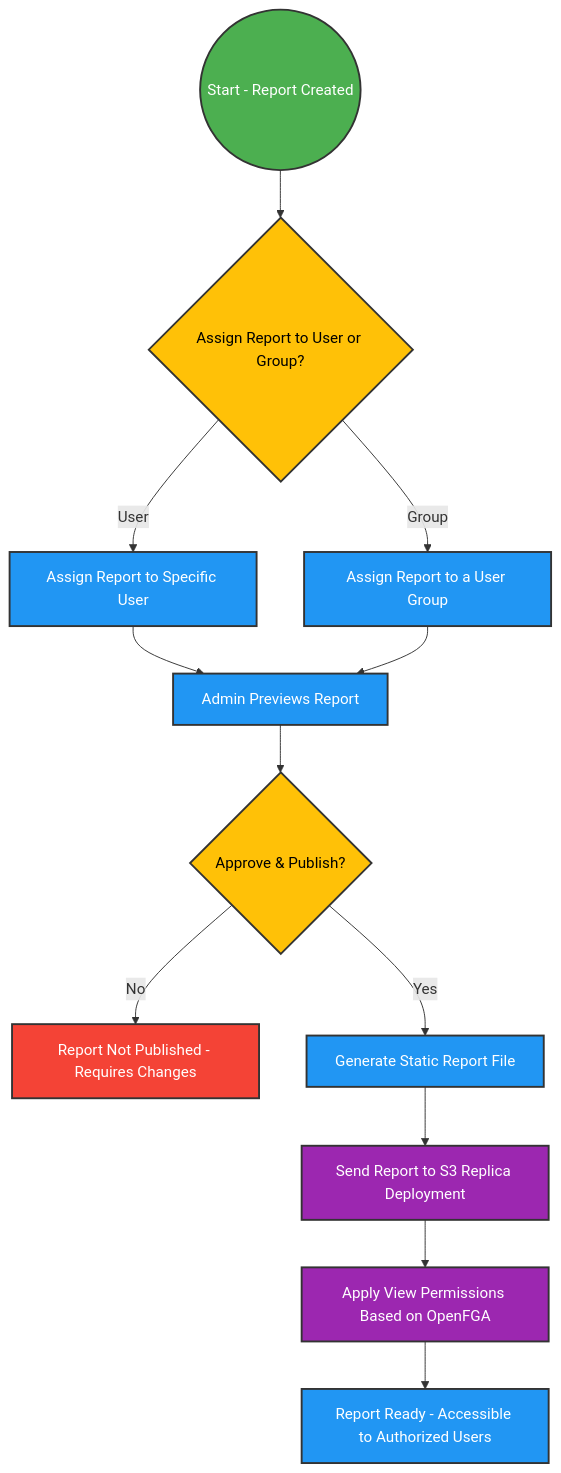
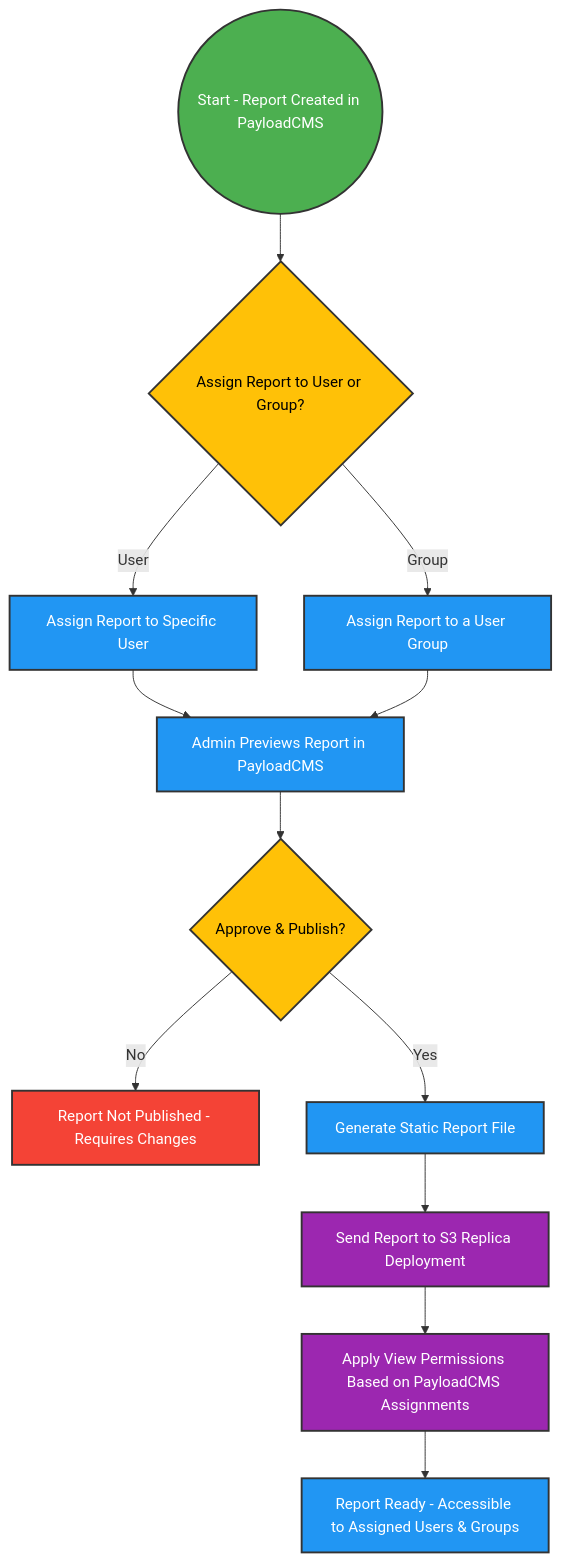
The diagram in README.md (LuigiClemente/reports-app), drawn with Mermaid before and after one commit. The commit also changed other lines of this file, not shown here.

````diff
--- a/README.md
+++ b/README.md
@@ -1,42 +1,42 @@
 ```mermaid
 flowchart TD
     %% Define Colors
     classDef startStyle fill:#4CAF50,stroke:#333,stroke-width:2px,color:#fff;
     classDef decisionStyle fill:#FFC107,stroke:#333,stroke-width:2px,color:#000;
     classDef processStyle fill:#2196F3,stroke:#333,stroke-width:2px,color:#fff;
     classDef storageStyle fill:#9C27B0,stroke:#333,stroke-width:2px,color:#fff;
     classDef errorStyle fill:#F44336,stroke:#333,stroke-width:2px,color:#fff;
 
     %% Workflow Start
-    start((Start - Report Created)) --> assignPermission{"Assign Report to User or Group?"}
+    start((Start - Report Created in PayloadCMS)) --> assignPermission{"Assign Report to User or Group?"}
     class start startStyle
     class assignPermission decisionStyle
 
     %% Report Assignment
     assignPermission -->|"User"| userAssigned["Assign Report to Specific User"]
     assignPermission -->|"Group"| groupAssigned["Assign Report to a User Group"]
     class userAssigned processStyle
     class groupAssigned processStyle
 
     %% Review & Publishing Flow
-    userAssigned --> previewReport["Admin Previews Report"]
+    userAssigned --> previewReport["Admin Previews Report in PayloadCMS"]
     groupAssigned --> previewReport
     class previewReport processStyle
 
     previewReport --> publishReport{"Approve & Publish?"}
     class publishReport decisionStyle
 
     publishReport -->|"No"| errorResponse["Report Not Published - Requires Changes"]
     publishReport -->|"Yes"| generateFile["Generate Static Report File"]
     class errorResponse errorStyle
     class generateFile processStyle
 
     %% Static Deployment Process
     generateFile --> sendToS3["Send Report to S3 Replica Deployment"]
-    sendToS3 --> applyPermissions["Apply View Permissions Based on OpenFGA"]
+    sendToS3 --> applyPermissions["Apply View Permissions Based on PayloadCMS Assignments"]
     class sendToS3 storageStyle
     class applyPermissions storageStyle
 
-    applyPermissions --> reportReady["Report Ready - Accessible to Authorized Users"]
+    applyPermissions --> reportReady["Report Ready - Accessible to Assigned Users & Groups"]
     class reportReady processStyle
 ```
````
